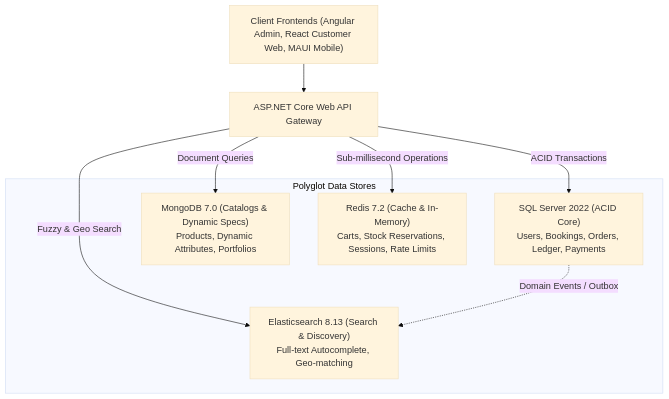
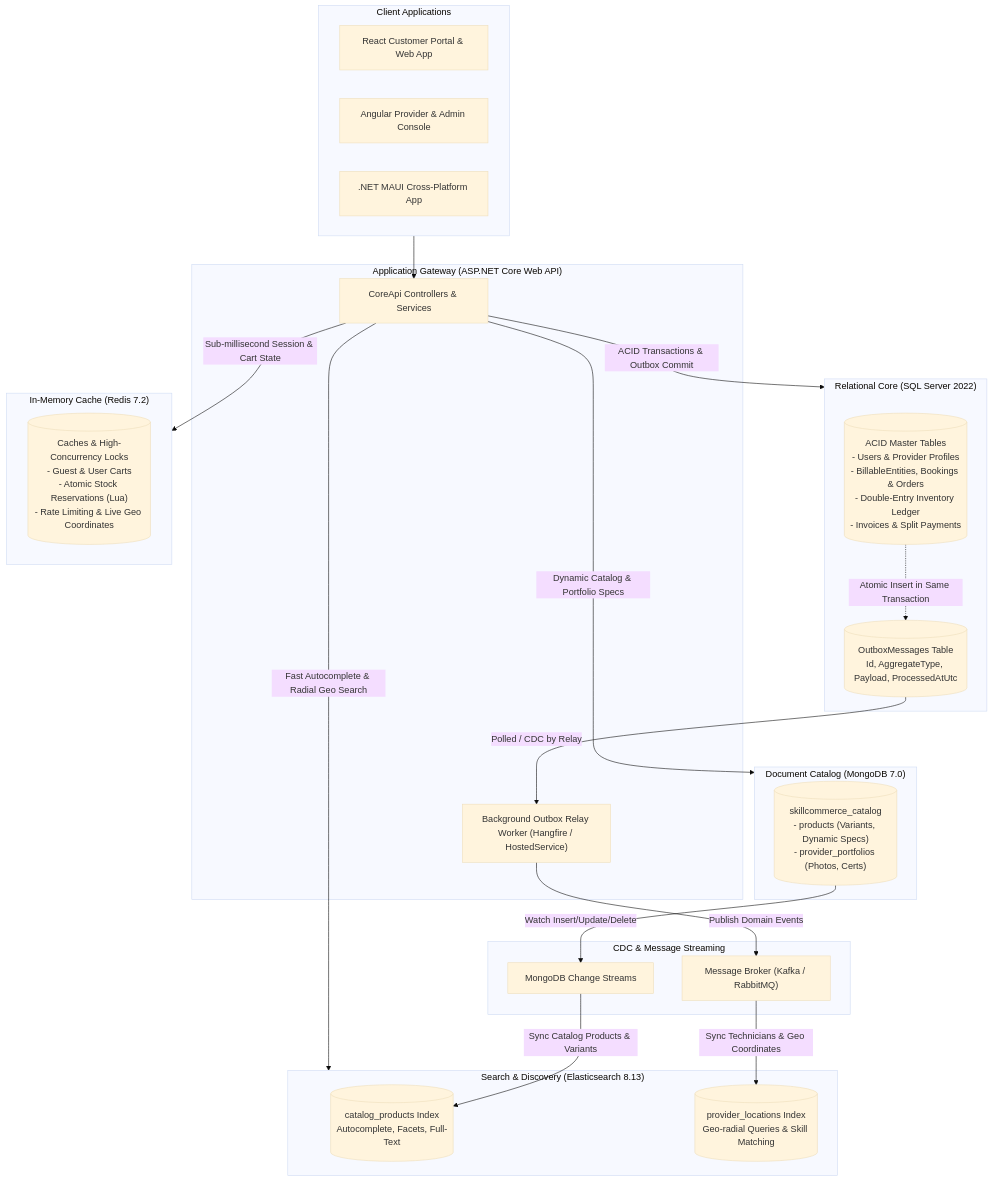
Before and after one commit to Zafff-e/Skill-Commerce-Marketplace-Platform: the second of 2 diagrams in Database/Diagram.md, drawn with Mermaid (base theme). The commit also changed other lines of this file and 15 other files, not shown here.

Commit message:
feat(database): introduce unified BillableEntities, OutboxMessages, repair stock links, and dual search sync

````diff
--- a/Database/Diagram.md
+++ b/Database/Diagram.md
@@ -46,18 +50,54 @@
 ```mermaid
-graph TD
-    Client["Client Frontends (Angular Admin, React Customer Web, MAUI Mobile)"] --> Gateway["ASP.NET Core Web API Gateway"]
-    
-    subgraph Storage_Tiers ["Polyglot Data Stores"]
-        SQL["SQL Server 2022 (ACID Core)<br/>Users, Bookings, Orders, Ledger, Payments"]
-        Mongo["MongoDB 7.0 (Catalogs & Dynamic Specs)<br/>Products, Dynamic Attributes, Portfolios"]
-        Redis["Redis 7.2 (Cache & In-Memory)<br/>Carts, Stock Reservations, Sessions, Rate Limits"]
-        ES["Elasticsearch 8.13 (Search & Discovery)<br/>Full-text Autocomplete, Geo-matching"]
+flowchart TD
+    subgraph Client_Applications ["Client Applications"]
+        ReactCustomer["React Customer Portal & Web App"]
+        AngularAdmin["Angular Provider & Admin Console"]
+        MauiClient[".NET MAUI Cross-Platform App"]
     end
-    
-    Gateway -->|ACID Transactions| SQL
-    Gateway -->|Document Queries| Mongo
-    Gateway -->|Sub-millisecond Operations| Redis
-    Gateway -->|Fuzzy & Geo Search| ES
-    
-    SQL -.->|Domain Events / Outbox| ES
+
+    subgraph API_Tier ["Application Gateway (ASP.NET Core Web API)"]
+        API["CoreApi Controllers & Services"]
+        OutboxRelay["Background Outbox Relay Worker (Hangfire / HostedService)"]
+    end
+
+    subgraph Relational_Core ["Relational Core (SQL Server 2022)"]
+        SQL_Core[("ACID Master Tables<br/>- Users & Provider Profiles<br/>- BillableEntities, Bookings & Orders<br/>- Double-Entry Inventory Ledger<br/>- Invoices & Split Payments")]
+        OutboxTable[("OutboxMessages Table<br/>Id, AggregateType, Payload, ProcessedAtUtc")]
+    end
+
+    subgraph Document_Store ["Document Catalog (MongoDB 7.0)"]
+        MongoCatalog[("skillcommerce_catalog<br/>- products (Variants, Dynamic Specs)<br/>- provider_portfolios (Photos, Certs)")]
+    end
+
+    subgraph Cache_Store ["In-Memory Cache (Redis 7.2)"]
+        RedisStore[("Caches & High-Concurrency Locks<br/>- Guest & User Carts<br/>- Atomic Stock Reservations (Lua)<br/>- Rate Limiting & Live Geo Coordinates")]
+    end
+
+    subgraph Search_Store ["Search & Discovery (Elasticsearch 8.13)"]
+        ES_Catalog[("catalog_products Index<br/>Autocomplete, Facets, Full-Text")]
+        ES_Providers[("provider_locations Index<br/>Geo-radial Queries & Skill Matching")]
+    end
+
+    subgraph Event_Brokers ["CDC & Message Streaming"]
+        KafkaBroker["Message Broker (Kafka / RabbitMQ)"]
+        MongoStream["MongoDB Change Streams"]
+    end
+
+    %% Client Interactions
+    Client_Applications --> API
+    API -->|ACID Transactions & Outbox Commit| Relational_Core
+    API -->|Dynamic Catalog & Portfolio Specs| Document_Store
+    API -->|Sub-millisecond Session & Cart State| Cache_Store
+    API -->|Fast Autocomplete & Radial Geo Search| Search_Store
+
+    %% Dual Stream Search Sync
+    %% Stream 1: SQL Server -> Outbox -> Kafka -> Elasticsearch
+    SQL_Core -.->|Atomic Insert in Same Transaction| OutboxTable
+    OutboxTable -->|Polled / CDC by Relay| OutboxRelay
+    OutboxRelay -->|Publish Domain Events| KafkaBroker
+    KafkaBroker -->|Sync Technicians & Geo Coordinates| ES_Providers
+
+    %% Stream 2: MongoDB -> Change Streams -> Elasticsearch
+    MongoCatalog -->|Watch Insert/Update/Delete| MongoStream
+    MongoStream -->|Sync Catalog Products & Variants| ES_Catalog
 ```
````
